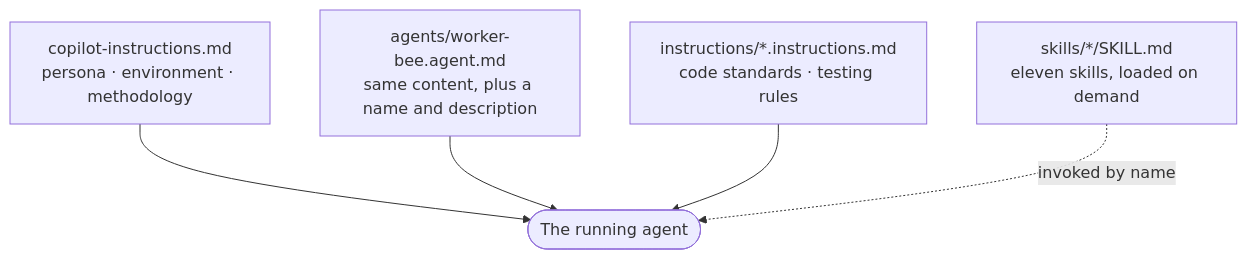
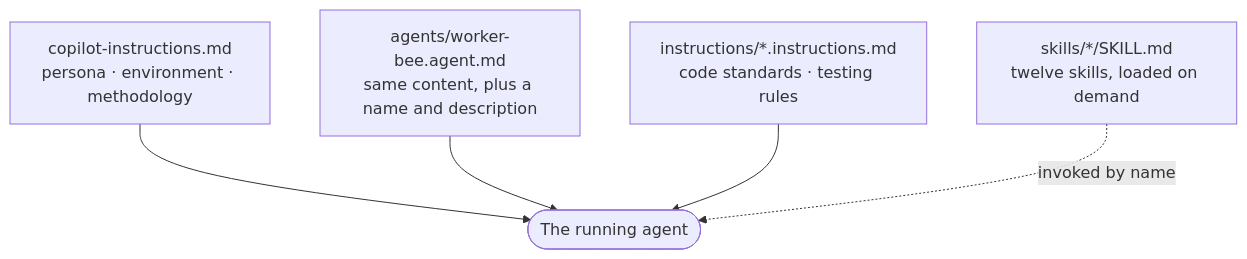
One commit to cybersemics/em changed the first of 2 diagrams in docs/agents/readme.md. Above: the diagram before and after it, drawn with Mermaid. The commit also changed other lines of this file and 7 other files, not shown here.

````diff
--- a/docs/agents/readme.md
+++ b/docs/agents/readme.md
@@ -28,18 +28,18 @@
 ```mermaid
 flowchart TD
     CI["copilot-instructions.md<br/>persona · environment · methodology"]
     WB["agents/worker-bee.agent.md<br/>same content, plus a name and description"]
     INS["instructions/*.instructions.md<br/>code standards · testing rules"]
-    SK["skills/*/SKILL.md<br/>eleven skills, loaded on demand"]
+    SK["skills/*/SKILL.md<br/>twelve skills, loaded on demand"]
     RUN(["The running agent"])
 
     CI --> RUN
     WB --> RUN
     INS --> RUN
     SK -.invoked by name.-> RUN
 
     click CI "../../.github/copilot-instructions.md" "Open copilot-instructions.md"
     click WB "../../.github/agents/worker-bee.agent.md" "Open worker-bee.agent.md"
     click INS "../../.github/instructions/" "Open the instructions folder"
-    click SK "skills.md" "All eleven skills"
+    click SK "skills.md" "All twelve skills"
 ```
````
